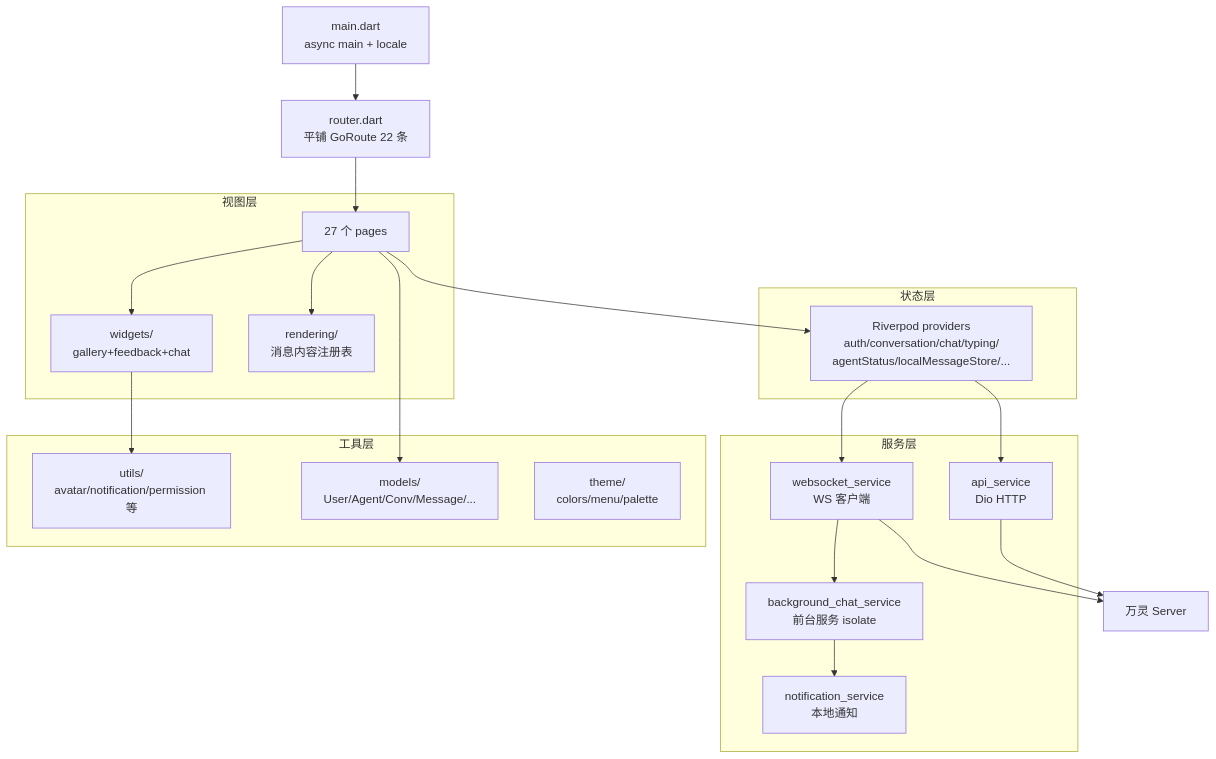
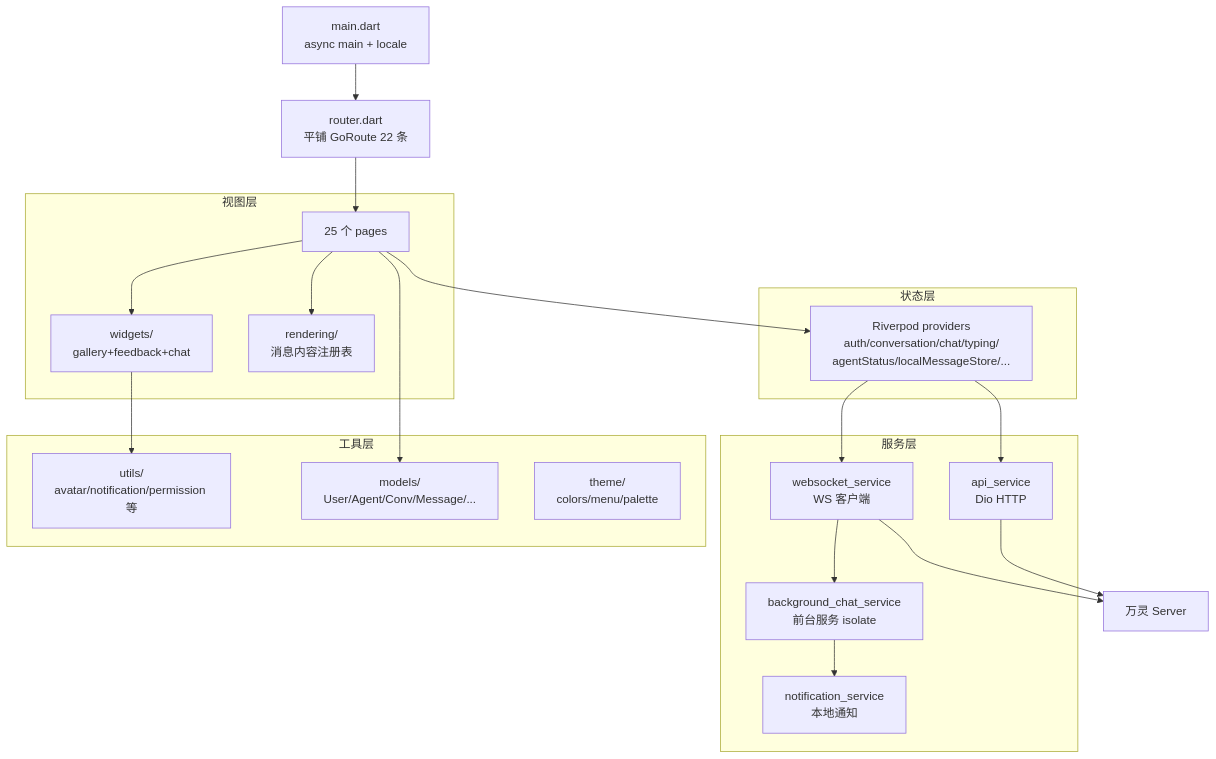
One commit to luoyu318/wanling changed the diagram in docs/architecture/app.md. Above: the diagram before and after it, drawn with Mermaid. The commit also changed other lines of this file and 6 other files, not shown here.

````diff
--- a/docs/architecture/app.md
+++ b/docs/architecture/app.md
@@ -7,44 +7,44 @@
 ```mermaid
 flowchart TB
     MAIN[main.dart<br/>async main + locale]
     ROUTER[router.dart<br/>平铺 GoRoute 22 条]
 
     subgraph 服务层
         API[api_service<br/>Dio HTTP]
         WS[websocket_service<br/>WS 客户端]
         BGSVC[background_chat_service<br/>前台服务 isolate]
         NOTIF[notification_service<br/>本地通知]
     end
 
     subgraph 状态层
         PROVIDERS[Riverpod providers<br/>auth/conversation/chat/typing/<br/>agentStatus/localMessageStore/...]
     end
 
     subgraph 视图层
-        PAGES[27 个 pages]
+        PAGES[25 个 pages]
         WIDGETS[widgets/<br/>gallery+feedback+chat]
         RENDER[rendering/<br/>消息内容注册表]
     end
 
     subgraph 工具层
         UTILS[utils/<br/>avatar/notification/permission 等]
         MODELS[models/<br/>User/Agent/Conv/Message/...]
         THEME[theme/<br/>colors/menu/palette]
     end
 
     SERVER[万灵 Server]
 
     MAIN --> ROUTER
     ROUTER --> PAGES
     PAGES --> PROVIDERS
     PROVIDERS --> API
     PROVIDERS --> WS
     WS --> BGSVC
     BGSVC --> NOTIF
     PAGES --> WIDGETS
     PAGES --> RENDER
     WIDGETS --> UTILS
     PAGES --> MODELS
     API --> SERVER
     WS --> SERVER
 ```
````
